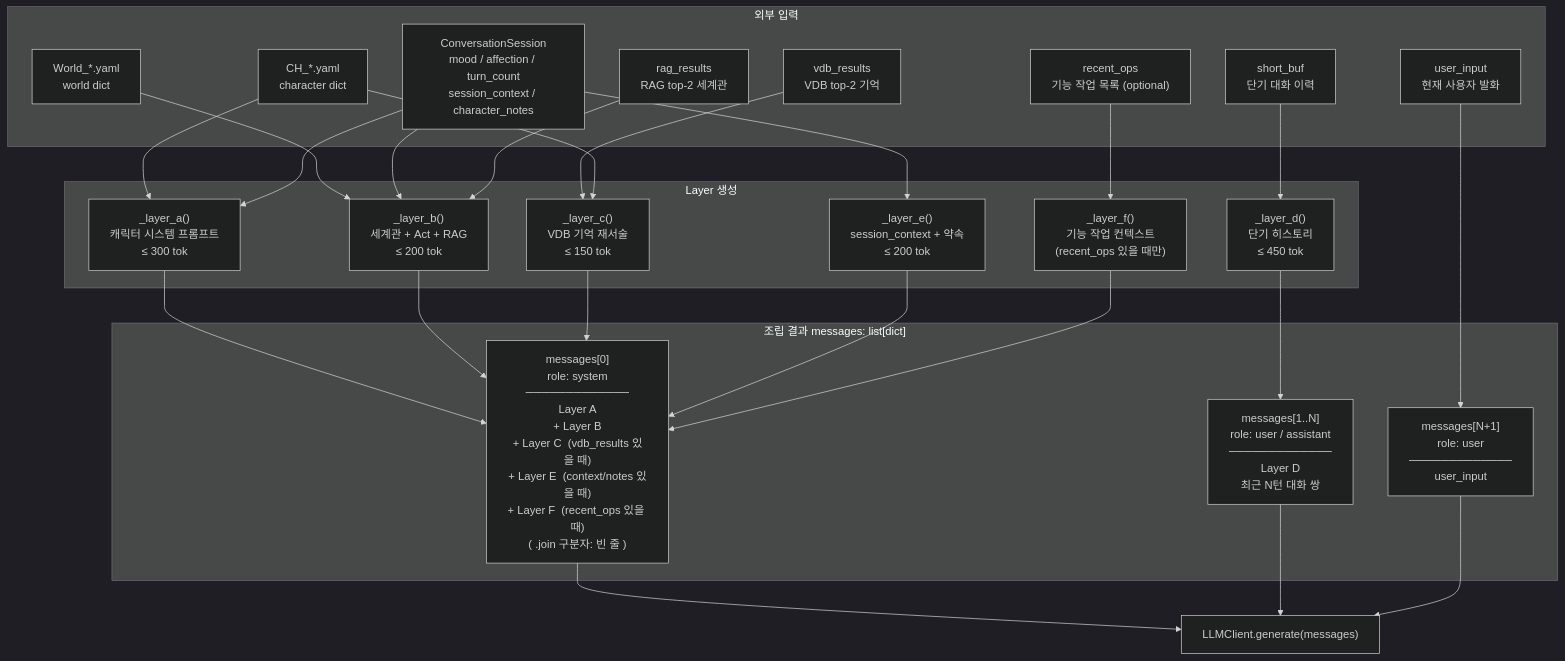
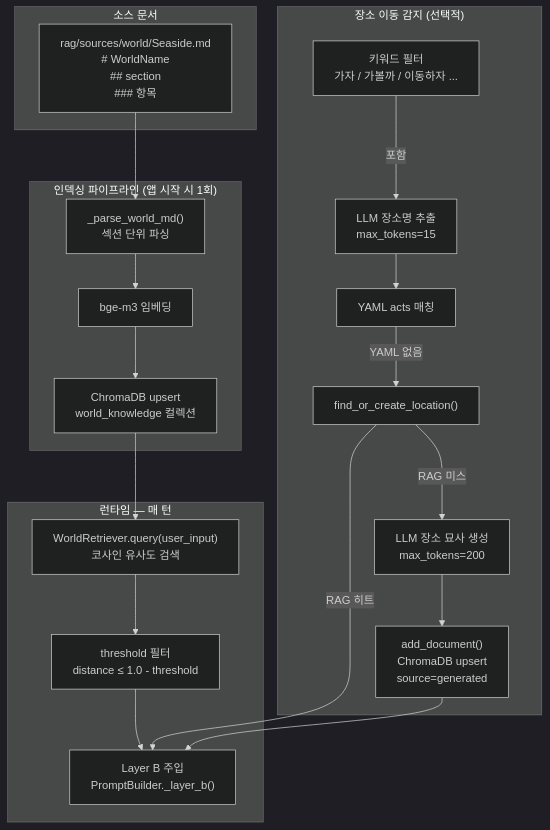
The first of 8 diagrams in docs/3.md (lyeum/Achat), drawn with Mermaid (dark theme) before and after one commit. The commit also changed other lines of this file and 2 other files, not shown here.

````diff
--- a/docs/3.md
+++ b/docs/3.md
@@ -10,51 +10,35 @@
 ```mermaid
 flowchart TB
-    subgraph IN["외부 입력"]
-        CHAR["CH_*.yaml\ncharacter dict"]
-        WORLD["World_*.yaml\nworld dict"]
-        SESS["ConversationSession\nmood / affection / turn_count\nsession_context / character_notes"]
-        SHORT["short_buf\n단기 대화 이력"]
-        VDB_IN["vdb_results\nVDB top-2 기억"]
-        RAG_IN["rag_results\nRAG top-2 세계관"]
-        OPS_IN["recent_ops\n기능 작업 목록 (optional)"]
-        USER_IN["user_input\n현재 사용자 발화"]
+    subgraph SOURCE["소스 문서"]
+        MD["rag/sources/world/Seaside.md\n# WorldName\n## section\n### 항목"]
     end
 
-    subgraph LAYERS["Layer 생성"]
-        LA["_layer_a()\n캐릭터 시스템 프롬프트\n≤ 300 tok"]
-        LB["_layer_b()\n세계관 + Act + RAG\n≤ 200 tok"]
-        LC["_layer_c()\nVDB 기억 재서술\n≤ 150 tok"]
-        LE["_layer_e()\nsession_context + 약속\n≤ 200 tok"]
-        LF["_layer_f()\n기능 작업 컨텍스트\n(recent_ops 있을 때만)"]
-        LD["_layer_d()\n단기 히스토리\n≤ 450 tok"]
+    subgraph INDEX["인덱싱 파이프라인 (앱 시작 시 1회)"]
+        PARSE["_parse_world_md()\n섹션 단위 파싱"]
+        EMBED_I["bge-m3 임베딩"]
+        STORE["ChromaDB upsert\nworld_knowledge 컬렉션"]
     end
 
-    subgraph ASSEMBLE["조립 결과 messages: list[dict]"]
-        SYS["messages[0]\nrole: system\n─────────────\nLayer A\n+ Layer B\n+ Layer C  (vdb_results 있을 때)\n+ Layer E  (context/notes 있을 때)\n+ Layer F  (recent_ops 있을 때)\n( .join 구분자: 빈 줄 )"]
-        HIST["messages[1..N]\nrole: user / assistant\n─────────────\nLayer D\n최근 N턴 대화 쌍"]
-        LAST["messages[N+1]\nrole: user\n─────────────\nuser_input"]
+    subgraph RUNTIME["런타임 — 매 턴"]
+        QUERY["WorldRetriever.query(user_input)\n코사인 유사도 검색"]
+        FILTER["threshold 필터\ndistance ≤ 1.0 - threshold"]
+        LAYER_B["Layer B 주입\nPromptBuilder._layer_b()"]
     end
 
-    CHAR  --> LA
-    SESS  --> LA
-    WORLD --> LB
-    SESS  --> LB
-    RAG_IN --> LB
-    VDB_IN --> LC
-    CHAR  --> LC
-    SESS  --> LE
-    OPS_IN --> LF
-    SHORT --> LD
+    subgraph WORLDNAV["장소 이동 감지 (선택적)"]
+        TRIGGER["키워드 필터\n가자 / 가볼까 / 이동하자 ..."]
+        EXTRACT["LLM 장소명 추출\nmax_tokens=15"]
+        MATCH["YAML acts 매칭"]
+        FIND["find_or_create_location()"]
+        GEN["LLM 장소 묘사 생성\nmax_tokens=200"]
+        SAVE["add_document()\nChromaDB upsert\nsource=generated"]
+    end
 
-    LA --> SYS
-    LB --> SYS
-    LC --> SYS
-    LE --> SYS
-    LF --> SYS
-    LD --> HIST
-    USER_IN --> LAST
+    MD --> PARSE --> EMBED_I --> STORE
+    STORE --> QUERY --> FILTER --> LAYER_B
 
-    SYS  --> OUT["LLMClient.generate(messages)"]
-    HIST --> OUT
-    LAST --> OUT
+    TRIGGER -->|포함| EXTRACT --> MATCH
+    MATCH -->|YAML 없음| FIND
+    FIND -->|RAG 히트| LAYER_B
+    FIND -->|RAG 미스| GEN --> SAVE --> LAYER_B
 ```
````
